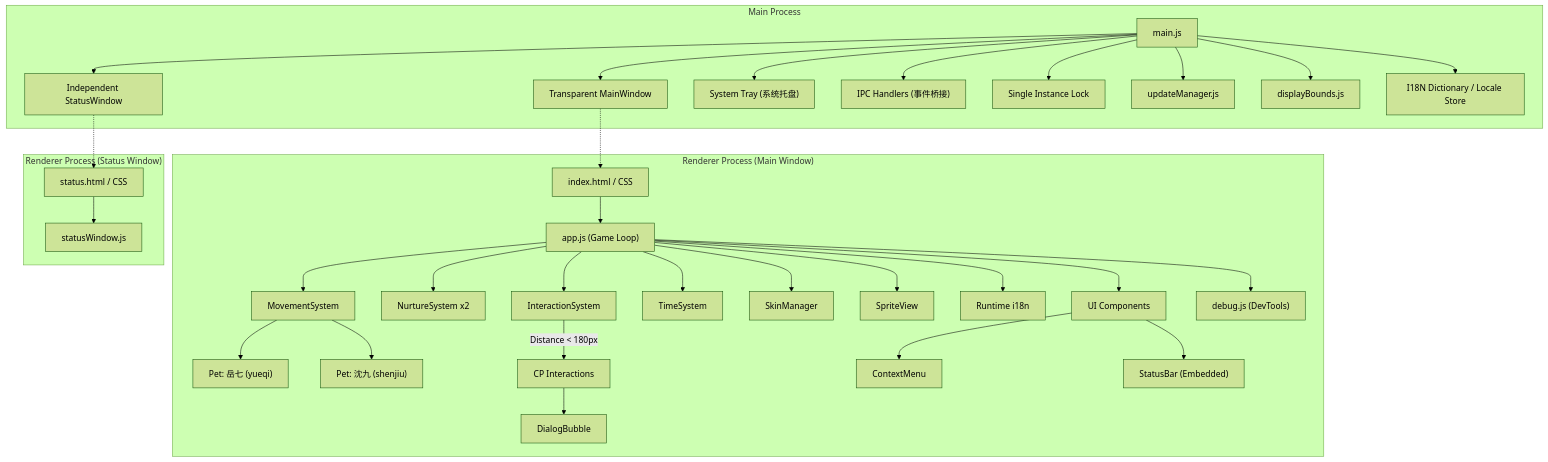
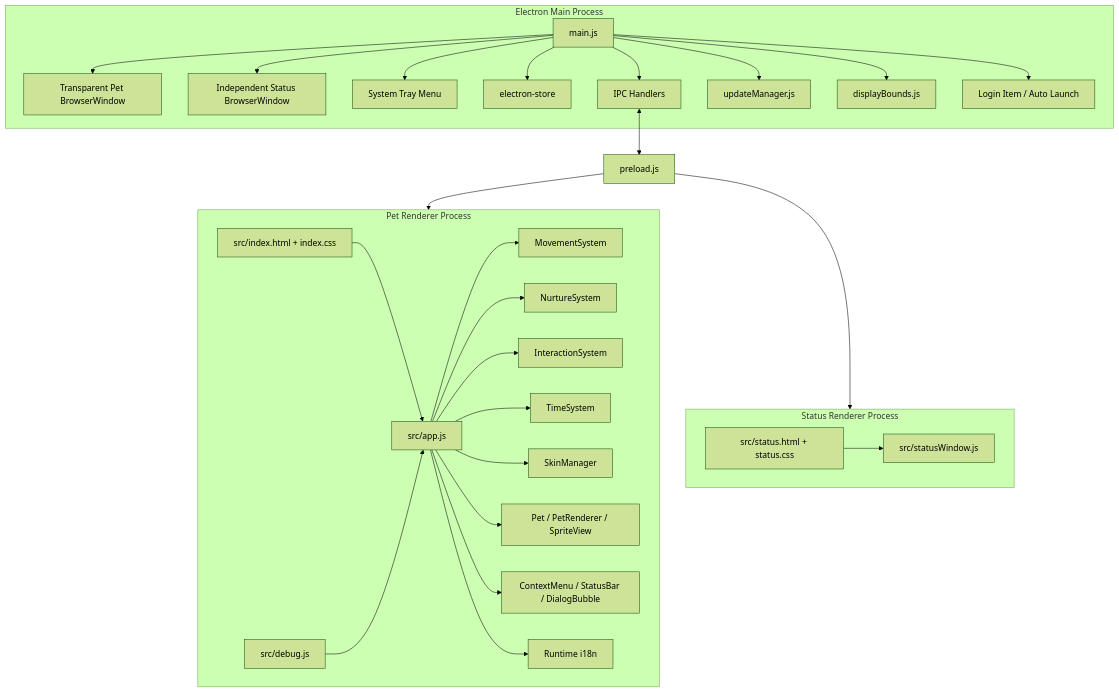
Before and after one commit to HuihuiDreams/qijiu-desktop-pet: the diagram in docs/structure.md, drawn with Mermaid (forest theme). The commit also changed other lines of this file and 2 other files, not shown here.

````diff
--- a/docs/structure.md
+++ b/docs/structure.md
@@ -9,44 +11,35 @@
 ```mermaid
 graph TB
-    subgraph "Main Process"
-        Main["main.js"] --> Window["Transparent MainWindow"]
-        Main --> StatusWin["Independent StatusWindow"]
-        Main --> Tray["System Tray (系统托盘)"]
-        Main --> IPC["IPC Handlers (事件桥接)"]
-        Main --> Lock["Single Instance Lock"]
-        Main --> Update["updateManager.js"]
-        Main --> DBounds["displayBounds.js"]
-        Main --> I18NMain["I18N Dictionary / Locale Store"]
+    subgraph Main["Electron Main Process"]
+        MainJs["main.js"]
+        MainJs --> PetWindow["Transparent Pet BrowserWindow"]
+        MainJs --> StatusWindow["Independent Status BrowserWindow"]
+        MainJs --> Tray["System Tray Menu"]
+        MainJs --> Store["electron-store"]
+        MainJs --> IPC["IPC Handlers"]
+        MainJs --> Update["updateManager.js"]
+        MainJs --> Bounds["displayBounds.js"]
+        MainJs --> AutoLaunch["Login Item / Auto Launch"]
     end
-    
-    subgraph "Renderer Process (Main Window)"
-        HTML["index.html / CSS"] --> App["app.js (Game Loop)"]
-        
-        App --> Move["MovementSystem"]
-        App --> Nurture["NurtureSystem x2"]
-        App --> Interact["InteractionSystem"]
+
+    subgraph Renderer["Pet Renderer Process"]
+        Index["src/index.html + index.css"] --> App["src/app.js"]
+        App --> Movement["MovementSystem"]
+        App --> Nurture["NurtureSystem"]
+        App --> Interaction["InteractionSystem"]
         App --> Time["TimeSystem"]
         App --> Skin["SkinManager"]
-        App --> Sprite["SpriteView"]
-        App --> I18NRender["Runtime i18n"]
-        
-        Move --> YQ["Pet: 岳七 (yueqi)"]
-        Move --> SJ["Pet: 沈九 (shenjiu)"]
-        
-        Interact -->|Distance < 180px| Events["CP Interactions"]
-        Events --> Bubble["DialogBubble"]
-        
-        App --> UI["UI Components"]
-        UI --> Menu["ContextMenu"]
-        UI --> StatusBar["StatusBar (Embedded)"]
-        
-        App --> Debug["debug.js (DevTools)"]
+        App --> Pet["Pet / PetRenderer / SpriteView"]
+        App --> UI["ContextMenu / StatusBar / DialogBubble"]
+        App --> I18N["Runtime i18n"]
+        Debug["src/debug.js"] --> App
     end
 
-    subgraph "Renderer Process (Status Window)"
-        SHTML["status.html / CSS"] --> SApp["statusWindow.js"]
+    subgraph Status["Status Renderer Process"]
+        StatusHtml["src/status.html + status.css"] --> StatusJs["src/statusWindow.js"]
     end
 
-    Window -.-> HTML
-    StatusWin -.-> SHTML
+    Preload["preload.js"] --> Renderer
+    Preload --> Status
+    IPC <--> Preload
 ```
````
